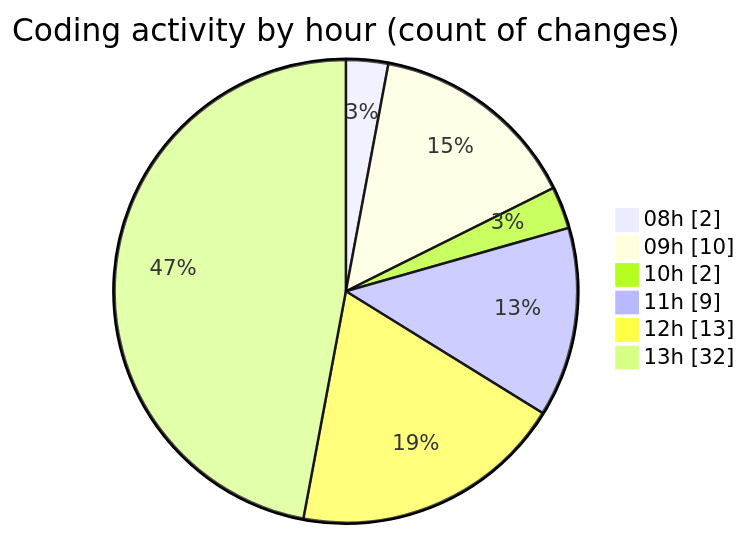
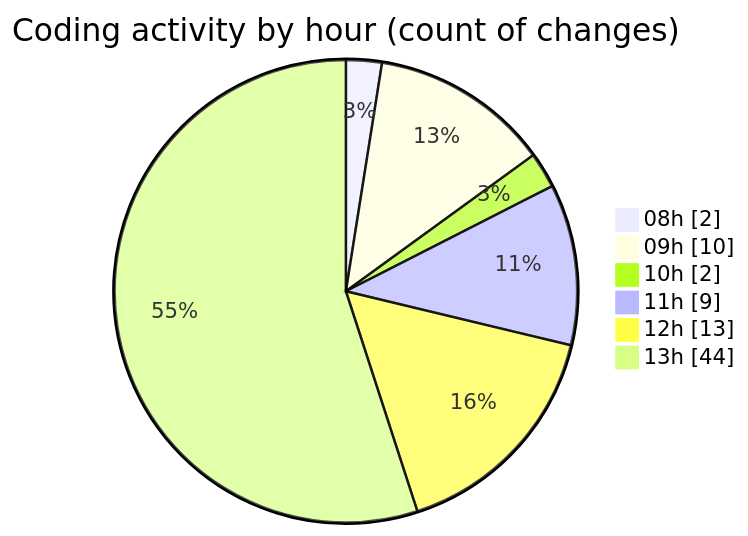
Before and after one commit to momahboobian/code-tracking: the second of 2 diagrams in 2025-05-30/cda/README.md, drawn with Mermaid. The commit also changed other lines of this file and 1 other file, not shown here.

````diff
--- a/2025-05-30/cda/README.md
+++ b/2025-05-30/cda/README.md
@@ -39,10 +39,10 @@
 ```mermaid
 pie showData
 title Coding activity by hour (count of changes)
 "08h" : 2
 "09h" : 10
 "10h" : 2
 "11h" : 9
 "12h" : 13
-"13h" : 32
+"13h" : 44
 ```
````
